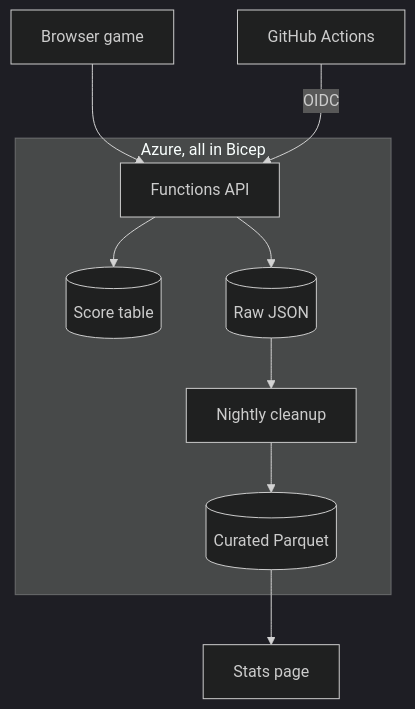
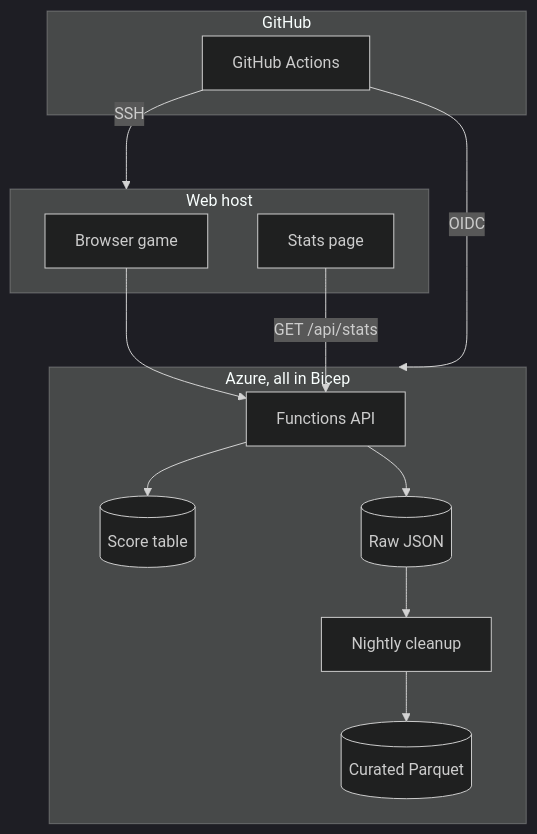
The diagram in README.md (Gerlitek/zombiet-peli), drawn with Mermaid (dark theme) before and after one commit.

Commit message:
Show GitHub, the web host and Azure as environments in the diagram

````diff
--- a/README.md
+++ b/README.md
@@ -14,12 +14,20 @@
 ```mermaid
 flowchart TD
-    Game["Browser game"] --> API
-    GH["GitHub Actions"] -->|OIDC| API
+    subgraph GitHub["GitHub"]
+        GH["GitHub Actions"]
+    end
+    subgraph Web["Web host"]
+        Game["Browser game"]
+        Dash["Stats page"]
+    end
     subgraph Azure["Azure, all in Bicep"]
         API["Functions API"] --> Scores[("Score table")]
         API --> Raw[("Raw JSON")]
         Raw --> Night["Nightly cleanup"]
         Night --> Cur[("Curated Parquet")]
     end
-    Cur --> Dash["Stats page"]
+    GH -->|SSH| Web
+    GH -->|OIDC| Azure
+    Game --> API
+    Dash -->|GET /api/stats| API
 ```
````
